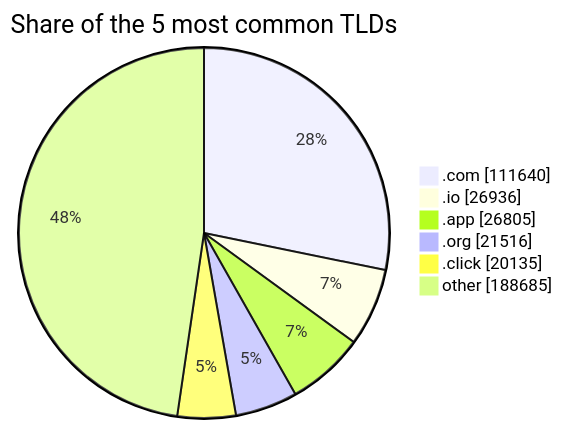
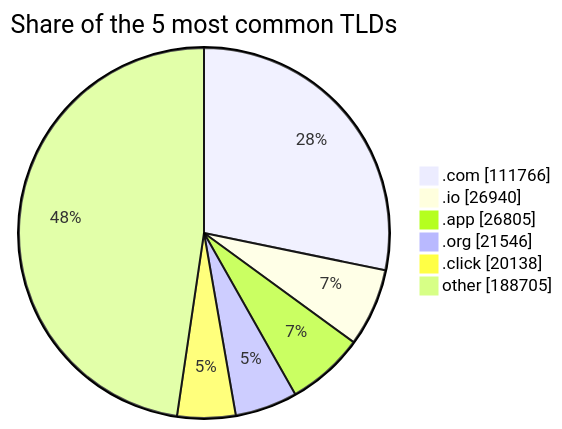
The third of 3 diagrams in README.md (DNSBunker/CTI), drawn with Mermaid before and after one commit. The commit also changed other lines of this file and 3 other files, not shown here.

````diff
--- a/README.md
+++ b/README.md
@@ -81,9 +81,9 @@
 ```mermaid
 pie showData title Share of the 5 most common TLDs
-    ".com" : 111640
-    ".io" : 26936
+    ".com" : 111766
+    ".io" : 26940
     ".app" : 26805
-    ".org" : 21516
-    ".click" : 20135
-    "other" : 188685
+    ".org" : 21546
+    ".click" : 20138
+    "other" : 188705
 ```
````
